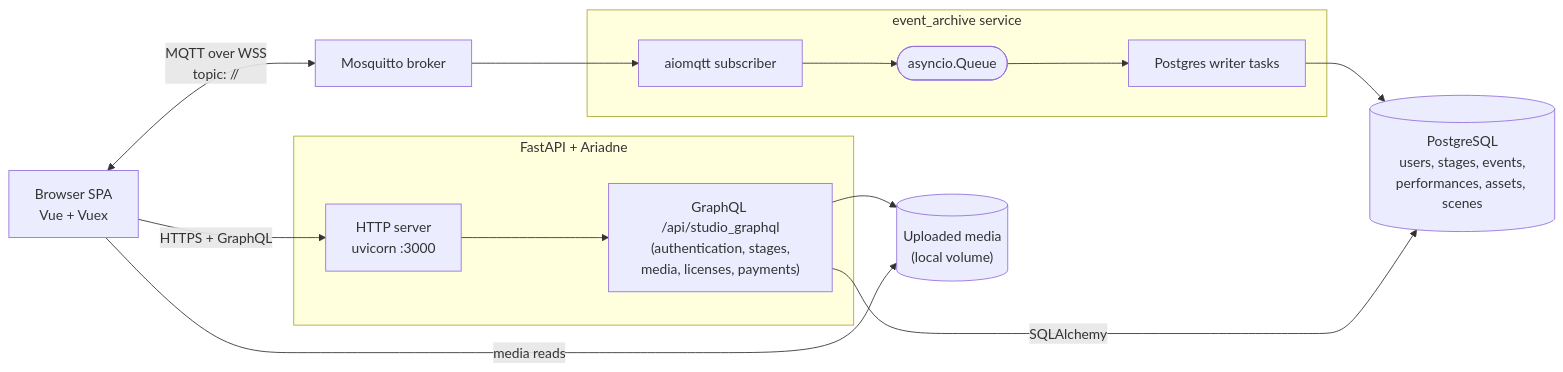
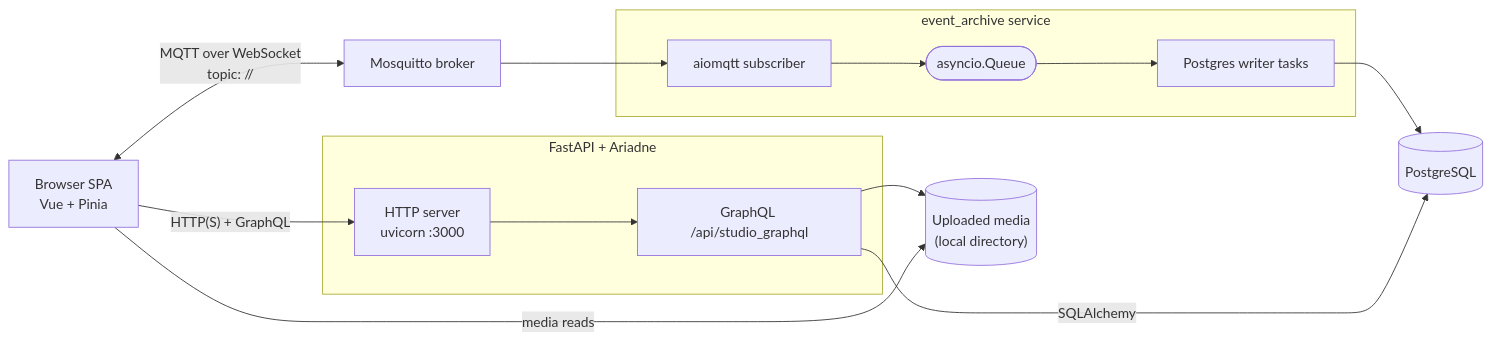
The first of 4 diagrams in DEVELOPER_GUIDE.md (upstage-org/upstage_backend), drawn with Mermaid before and after one commit. The commit also changed other lines of this file and 86 other files, not shown here.

````diff
--- a/DEVELOPER_GUIDE.md
+++ b/DEVELOPER_GUIDE.md
@@ -21,28 +22,28 @@
 ```mermaid
 flowchart LR
-  Browser["Browser SPA<br/>Vue + Vuex"]
+  Browser["Browser SPA<br/>Vue + Pinia"]
 
   subgraph backend ["FastAPI + Ariadne"]
     HTTP["HTTP server<br/>uvicorn :3000"]
-    GQL["GraphQL /api/studio_graphql<br/>(authentication, stages,<br/>media, licenses, payments)"]
+    GQL["GraphQL /api/studio_graphql"]
     HTTP --> GQL
   end
 
   MQTT["Mosquitto broker"]
 
   subgraph archive ["event_archive service"]
     Sub["aiomqtt subscriber"]
     Q(["asyncio.Queue"])
     Wr["Postgres writer tasks"]
   end
 
-  PG[("PostgreSQL<br/>users, stages, events,<br/>performances, assets, scenes")]
-  Files[("Uploaded media<br/>(local volume)")]
+  PG[("PostgreSQL")]
+  Files[("Uploaded media<br/>(local directory)")]
 
-  Browser -->|"HTTPS + GraphQL"| HTTP
-  Browser <-->|"MQTT over WSS<br/>topic: <namespace>/<stageUrl>/<topic>"| MQTT
+  Browser -->|"HTTP(S) + GraphQL"| HTTP
+  Browser <-->|"MQTT over WebSocket<br/>topic: <namespace>/<stageUrl>/<topic>"| MQTT
   MQTT --> Sub --> Q --> Wr --> PG
   GQL -->|"SQLAlchemy"| PG
   GQL --> Files
   Browser -->|"media reads"| Files
 ```
````
